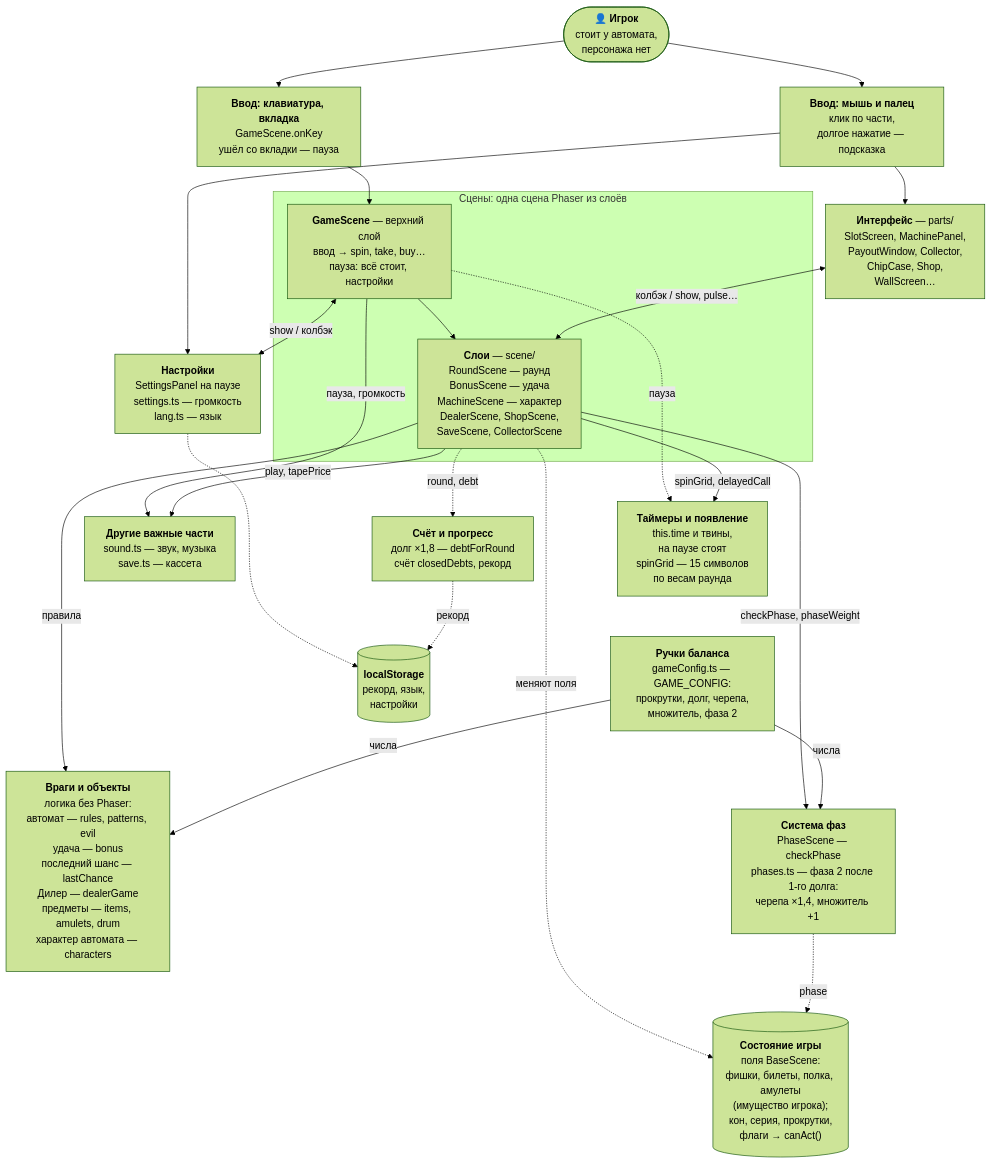
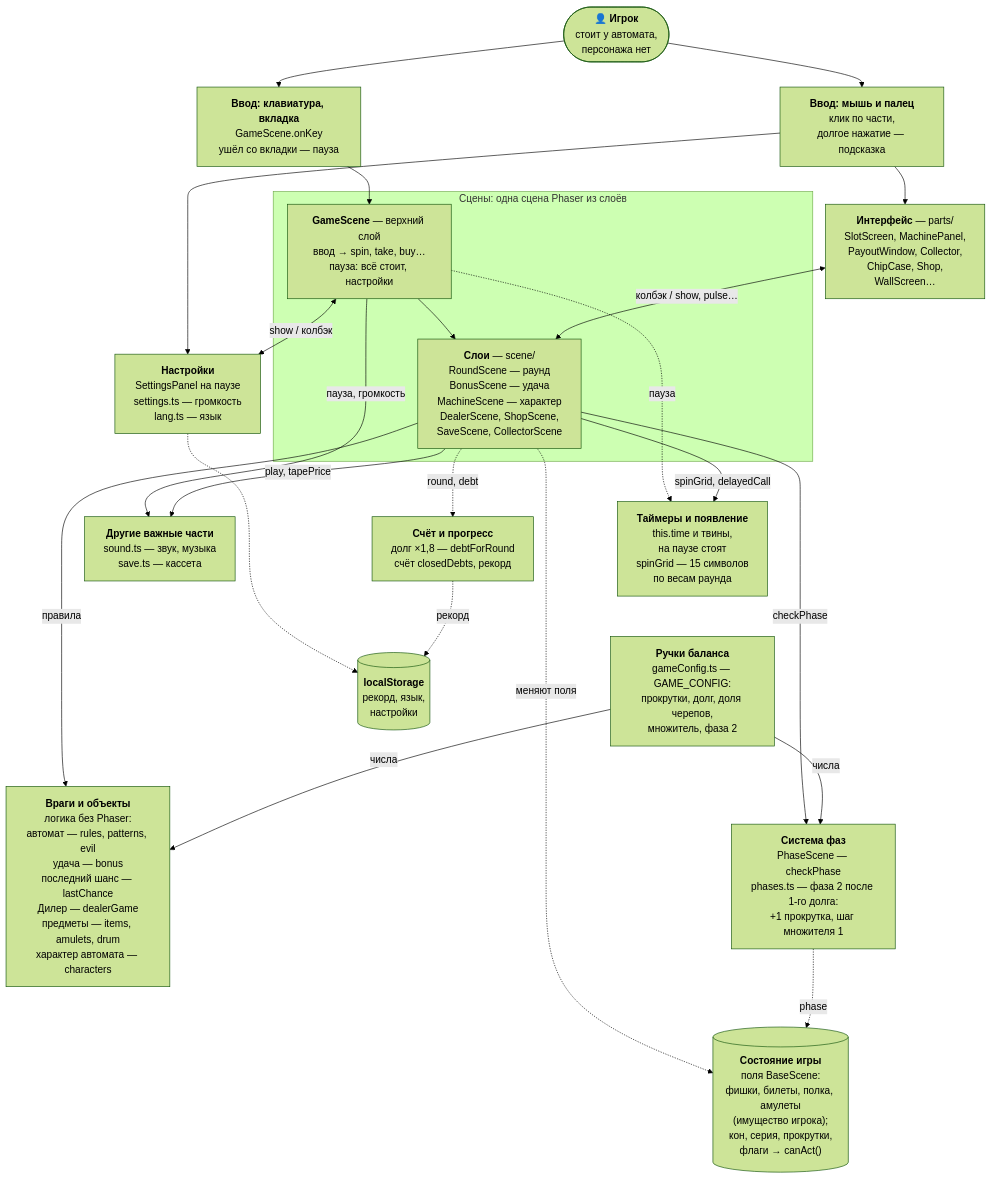
The first of 3 diagrams in ARCHITECTURE.md (LILcmetanka/dolgovaya-yama), drawn with Mermaid (forest theme) before and after one commit. The commit also changed other lines of this file and 28 other files, not shown here.

````diff
--- a/ARCHITECTURE.md
+++ b/ARCHITECTURE.md
@@ -16,44 +16,44 @@
 ```mermaid
 %%{init: {"flowchart": {"nodeSpacing": 20, "rankSpacing": 40}}}%%
 flowchart TB
   PERSON(["👤 <b>Игрок</b><br/>стоит у автомата,<br/>персонажа нет"])
   KEYS["<b>Ввод: клавиатура, вкладка</b><br/>GameScene.onKey<br/>ушёл со вкладки — пауза"]
   POINTER["<b>Ввод: мышь и палец</b><br/>клик по части,<br/>долгое нажатие — подсказка"]
   subgraph SCENE["Сцены: одна сцена Phaser из слоёв"]
     GS["<b>GameScene</b> — верхний слой<br/>ввод → spin, take, buy…<br/>пауза: всё стоит, настройки"]
     LAYERS["<b>Слои</b> — scene/<br/>RoundScene — раунд<br/>BonusScene — удача<br/>MachineScene — характер<br/>DealerScene, ShopScene,<br/>SaveScene, CollectorScene"]
   end
   UI["<b>Интерфейс</b> — parts/<br/>SlotScreen, MachinePanel,<br/>PayoutWindow, Collector,<br/>ChipCase, Shop,<br/>WallScreen…"]
   SETTINGS["<b>Настройки</b><br/>SettingsPanel на паузе<br/>settings.ts — громкость<br/>lang.ts — язык"]
   WORLD["<b>Враги и объекты</b><br/>логика без Phaser:<br/>автомат — rules, patterns, evil<br/>удача — bonus<br/>последний шанс — lastChance<br/>Дилер — dealerGame<br/>предметы — items, amulets, drum<br/>характер автомата — characters"]
-  PHASES["<b>Система фаз</b><br/>PhaseScene — checkPhase<br/>phases.ts — фаза 2 после 1-го долга:<br/>черепа ×1,4, множитель +1"]
-  CONFIG["<b>Ручки баланса</b><br/>gameConfig.ts — GAME_CONFIG:<br/>прокрутки, долг, черепа,<br/>множитель, фаза 2"]
+  PHASES["<b>Система фаз</b><br/>PhaseScene — checkPhase<br/>phases.ts — фаза 2 после 1-го долга:<br/>+1 прокрутка, шаг множителя 1"]
+  CONFIG["<b>Ручки баланса</b><br/>gameConfig.ts — GAME_CONFIG:<br/>прокрутки, долг, доля черепов,<br/>множитель, фаза 2"]
   SCORE["<b>Счёт и прогресс</b><br/>долг ×1,8 — debtForRound<br/>счёт closedDebts, рекорд"]
   OTHER["<b>Другие важные части</b><br/>sound.ts — звук, музыка<br/>save.ts — кассета"]
   STATE[("<b>Состояние игры</b><br/>поля BaseScene:<br/>фишки, билеты, полка, амулеты<br/>(имущество игрока);<br/>кон, серия, прокрутки,<br/>флаги → canAct()")]
   TIMERS["<b>Таймеры и появление</b><br/>this.time и твины,<br/>на паузе стоят<br/>spinGrid — 15 символов<br/>по весам раунда"]
   STORAGE[("<b>localStorage</b><br/>рекорд, язык,<br/>настройки")]
 
   PERSON --> KEYS & POINTER
   KEYS --> GS
   POINTER --> UI
   POINTER --> SETTINGS
   GS --> LAYERS
   UI <-->|колбэк / show, pulse…| LAYERS
   GS <-->|show / колбэк| SETTINGS
   GS -->|пауза, громкость| OTHER
   GS -.->|пауза| TIMERS
   LAYERS -->|правила| WORLD
-  LAYERS -->|checkPhase, phaseWeight| PHASES
+  LAYERS -->|checkPhase| PHASES
   LAYERS -->|play, tapePrice| OTHER
   LAYERS -.->|round, debt| SCORE
   LAYERS -.->|меняют поля| STATE
   PHASES -.->|phase| STATE
   LAYERS -->|spinGrid, delayedCall| TIMERS
   CONFIG -->|числа| WORLD
   CONFIG -->|числа| PHASES
   %% невидимая связь — не вызов, а подсказка раскладке, чтобы схема была уже
   TIMERS ~~~ CONFIG
   SETTINGS -.-> STORAGE
   SCORE -.->|рекорд| STORAGE
 ```
````
